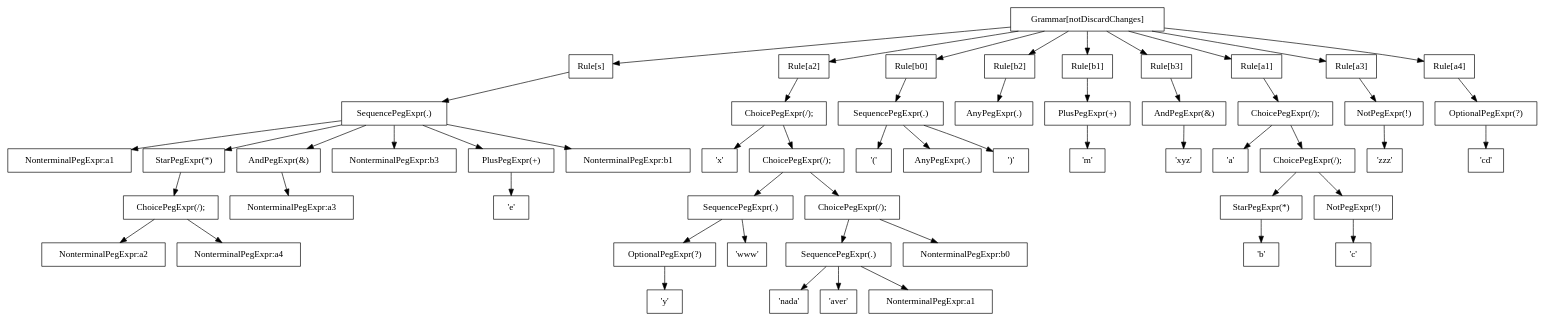
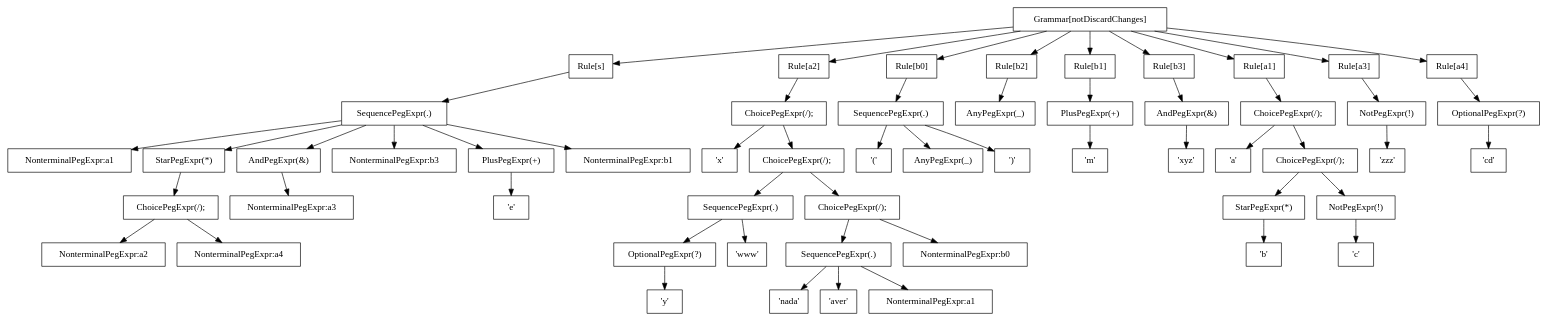
The diagram in language/code/compiler/output/grammar11.dot (lives-group/APEG), drawn with Graphviz before and after one commit. The commit also changed 19 other files, not shown here.

```diff
--- a/language/code/compiler/output/grammar11.dot
+++ b/language/code/compiler/output/grammar11.dot
@@ -1,113 +1,113 @@
 Digraph notDiscardChanges {
   node [shape="box"];
   grammar [label = "Grammar[notDiscardChanges]"];
 
   sRule [label = "Rule[s]"];
   grammar -> sRule;
   SequencePeg0 [label = "SequencePegExpr(.)"];
   sRule -> SequencePeg0;
   NonterminalPeg1 [label = "NonterminalPegExpr:a1"];
   SequencePeg0 -> NonterminalPeg1;
   KleenePeg2 [label = "StarPegExpr(*)"];
   SequencePeg0 -> KleenePeg2;
   choicePeg3 [label = "ChoicePegExpr(/);"];
   KleenePeg2 -> choicePeg3;
   NonterminalPeg4 [label = "NonterminalPegExpr:a2"];
   choicePeg3 -> NonterminalPeg4;
   NonterminalPeg5 [label = "NonterminalPegExpr:a4"];
   choicePeg3 -> NonterminalPeg5;
   AndPeg6 [label = "AndPegExpr(&)"];
   SequencePeg0 -> AndPeg6;
   NonterminalPeg7 [label = "NonterminalPegExpr:a3"];
   AndPeg6 -> NonterminalPeg7;
   NonterminalPeg8 [label = "NonterminalPegExpr:b3"];
   SequencePeg0 -> NonterminalPeg8;
   PlusKleenePeg9 [label = "PlusPegExpr(+)"];
   SequencePeg0 -> PlusKleenePeg9;
   LiteralPeg10 [label = "'e'"];
   PlusKleenePeg9 -> LiteralPeg10;
   NonterminalPeg11 [label = "NonterminalPegExpr:b1"];
   SequencePeg0 -> NonterminalPeg11;
   a2Rule [label = "Rule[a2]"];
   grammar -> a2Rule;
   choicePeg12 [label = "ChoicePegExpr(/);"];
   a2Rule -> choicePeg12;
   LiteralPeg13 [label = "'x'"];
   choicePeg12 -> LiteralPeg13;
   choicePeg14 [label = "ChoicePegExpr(/);"];
   choicePeg12 -> choicePeg14;
   SequencePeg15 [label = "SequencePegExpr(.)"];
   choicePeg14 -> SequencePeg15;
   OptionalPeg16 [label = "OptionalPegExpr(?)"];
   SequencePeg15 -> OptionalPeg16;
   LiteralPeg17 [label = "'y'"];
   OptionalPeg16 -> LiteralPeg17;
   LiteralPeg18 [label = "'www'"];
   SequencePeg15 -> LiteralPeg18;
   choicePeg19 [label = "ChoicePegExpr(/);"];
   choicePeg14 -> choicePeg19;
   SequencePeg20 [label = "SequencePegExpr(.)"];
   choicePeg19 -> SequencePeg20;
   LiteralPeg21 [label = "'nada'"];
   SequencePeg20 -> LiteralPeg21;
   LiteralPeg22 [label = "'aver'"];
   SequencePeg20 -> LiteralPeg22;
   NonterminalPeg23 [label = "NonterminalPegExpr:a1"];
   SequencePeg20 -> NonterminalPeg23;
   NonterminalPeg24 [label = "NonterminalPegExpr:b0"];
   choicePeg19 -> NonterminalPeg24;
   b0Rule [label = "Rule[b0]"];
   grammar -> b0Rule;
   SequencePeg25 [label = "SequencePegExpr(.)"];
   b0Rule -> SequencePeg25;
   LiteralPeg26 [label = "'('"];
   SequencePeg25 -> LiteralPeg26;
-  AnyPeg27 [label = "AnyPegExpr(.)"];
+  AnyPeg27 [label = "AnyPegExpr(_)"];
   SequencePeg25 -> AnyPeg27;
   LiteralPeg28 [label = "')'"];
   SequencePeg25 -> LiteralPeg28;
   b2Rule [label = "Rule[b2]"];
   grammar -> b2Rule;
-  AnyPeg29 [label = "AnyPegExpr(.)"];
+  AnyPeg29 [label = "AnyPegExpr(_)"];
   b2Rule -> AnyPeg29;
   b1Rule [label = "Rule[b1]"];
   grammar -> b1Rule;
   PlusKleenePeg30 [label = "PlusPegExpr(+)"];
   b1Rule -> PlusKleenePeg30;
   LiteralPeg31 [label = "'m'"];
   PlusKleenePeg30 -> LiteralPeg31;
   b3Rule [label = "Rule[b3]"];
   grammar -> b3Rule;
   AndPeg32 [label = "AndPegExpr(&)"];
   b3Rule -> AndPeg32;
   LiteralPeg33 [label = "'xyz'"];
   AndPeg32 -> LiteralPeg33;
   a1Rule [label = "Rule[a1]"];
   grammar -> a1Rule;
   choicePeg34 [label = "ChoicePegExpr(/);"];
   a1Rule -> choicePeg34;
   LiteralPeg35 [label = "'a'"];
   choicePeg34 -> LiteralPeg35;
   choicePeg36 [label = "ChoicePegExpr(/);"];
   choicePeg34 -> choicePeg36;
   KleenePeg37 [label = "StarPegExpr(*)"];
   choicePeg36 -> KleenePeg37;
   LiteralPeg38 [label = "'b'"];
   KleenePeg37 -> LiteralPeg38;
   NotPeg39 [label = "NotPegExpr(!)"];
   choicePeg36 -> NotPeg39;
   LiteralPeg40 [label = "'c'"];
   NotPeg39 -> LiteralPeg40;
   a3Rule [label = "Rule[a3]"];
   grammar -> a3Rule;
   NotPeg41 [label = "NotPegExpr(!)"];
   a3Rule -> NotPeg41;
   LiteralPeg42 [label = "'zzz'"];
   NotPeg41 -> LiteralPeg42;
   a4Rule [label = "Rule[a4]"];
   grammar -> a4Rule;
   OptionalPeg43 [label = "OptionalPegExpr(?)"];
   a4Rule -> OptionalPeg43;
   LiteralPeg44 [label = "'cd'"];
   OptionalPeg43 -> LiteralPeg44;
 }
```
